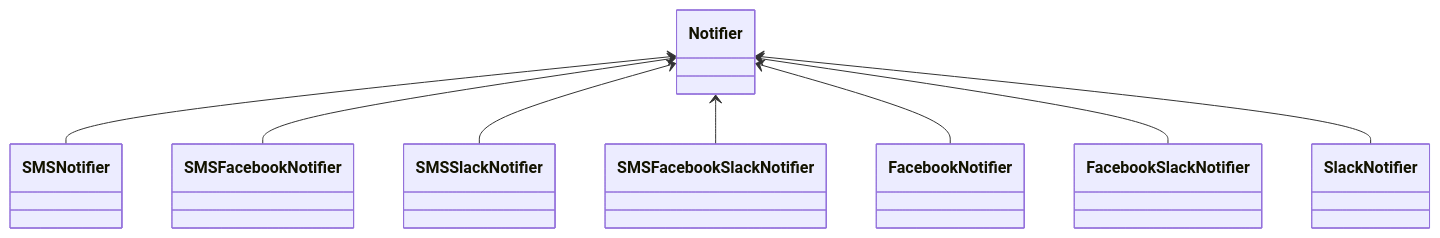
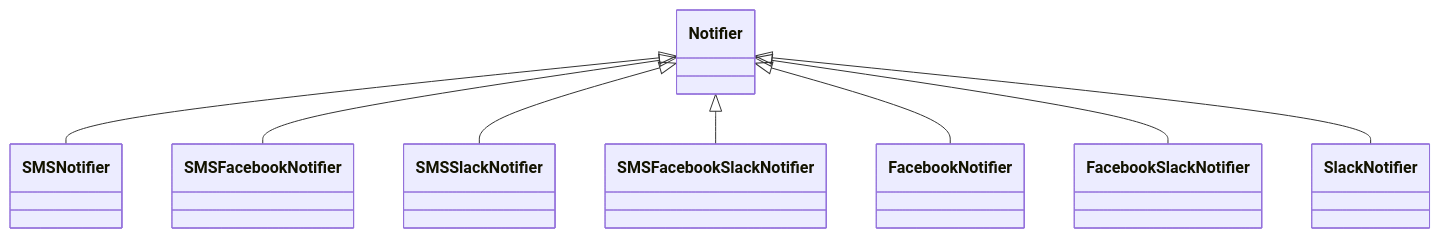
The third of 8 diagrams in pages/decorators.md (beer-psi/cs202-design-patterns-seminar), drawn with Mermaid before and after one commit. The commit also changed other lines of this file, not shown here.

Commit message:
fix: some decorator entity diagrams

````diff
--- a/pages/decorators.md
+++ b/pages/decorators.md
@@ -75,19 +75,19 @@
 ```mermaid {scale: 0.65}
 classDiagram
     class Notifier
     class SMSNotifier
     class FacebookNotifier
     class SlackNotifier
     class SMSFacebookNotifier
     class SMSSlackNotifier
     class FacebookSlackNotifier
     class SMSFacebookSlackNotifier
 
-    Notifier <-- SMSNotifier
-    Notifier <-- SMSFacebookNotifier
-    Notifier <-- SMSSlackNotifier
-    Notifier <-- SMSFacebookSlackNotifier
-    Notifier <-- FacebookNotifier
-    Notifier <-- FacebookSlackNotifier
-    Notifier <-- SlackNotifier
+    Notifier <|-- SMSNotifier
+    Notifier <|-- SMSFacebookNotifier
+    Notifier <|-- SMSSlackNotifier
+    Notifier <|-- SMSFacebookSlackNotifier
+    Notifier <|-- FacebookNotifier
+    Notifier <|-- FacebookSlackNotifier
+    Notifier <|-- SlackNotifier
 ```
````
